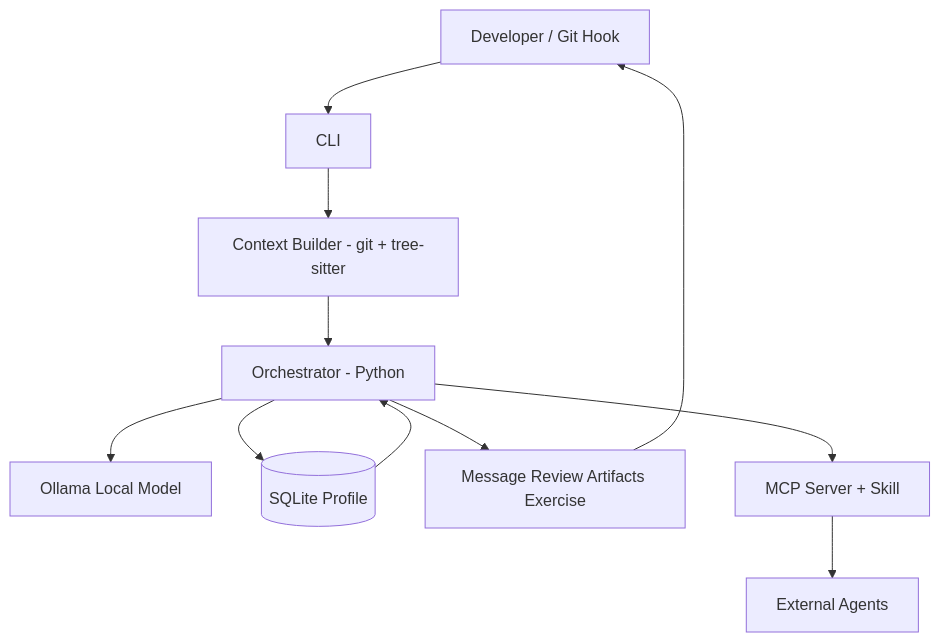
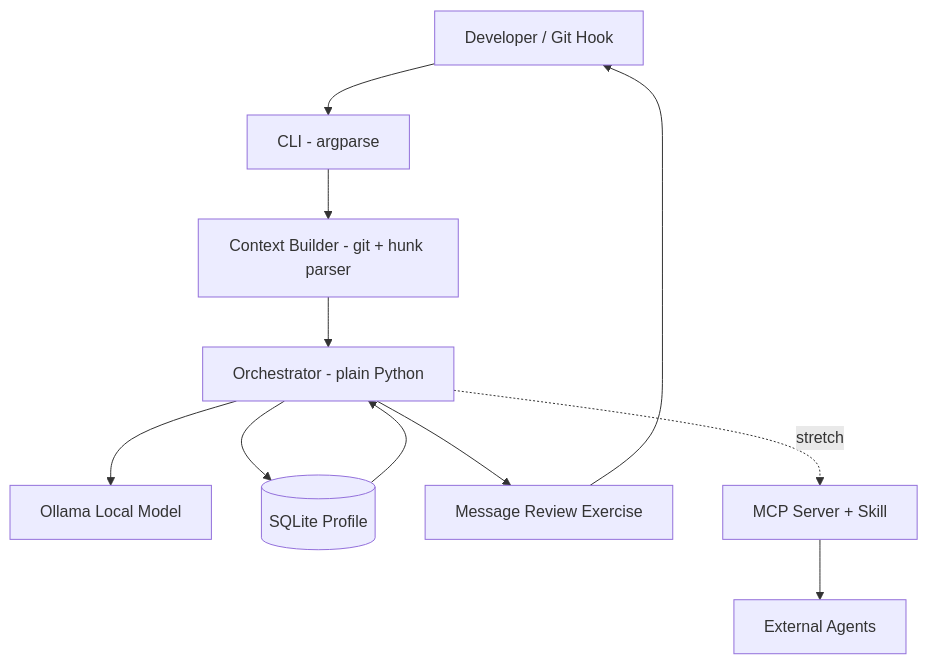
The first of 3 diagrams in README.md (Ansh-gajbhiye/DevMate), drawn with Mermaid before and after one commit. The commit also changed other lines of this file, not shown here.

````diff
--- a/README.md
+++ b/README.md
@@ -81,13 +78,13 @@
 ```mermaid
 flowchart TB
-    Dev[Developer / Git Hook] --> CLI[CLI]
-    CLI --> CTX[Context Builder - git + tree-sitter]
-    CTX --> ORCH[Orchestrator - Python]
+    Dev[Developer / Git Hook] --> CLI[CLI - argparse]
+    CLI --> CTX[Context Builder - git + hunk parser]
+    CTX --> ORCH[Orchestrator - plain Python]
     ORCH --> LLM[Ollama Local Model]
     ORCH --> DB[(SQLite Profile)]
     DB --> ORCH
-    ORCH --> OUT[Message Review Artifacts Exercise]
-    ORCH --> PKG[MCP Server + Skill]
+    ORCH --> OUT[Message Review Exercise]
+    OUT --> Dev
+    ORCH -. stretch .-> PKG[MCP Server + Skill]
     PKG --> Ext[External Agents]
-    OUT --> Dev
 ```
````
